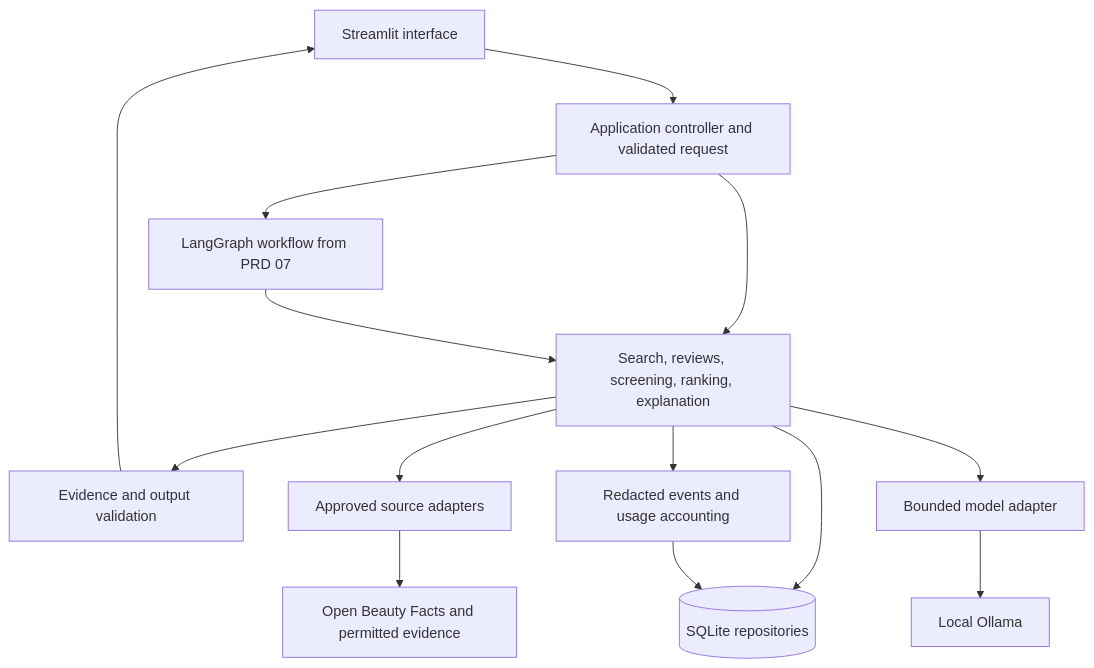
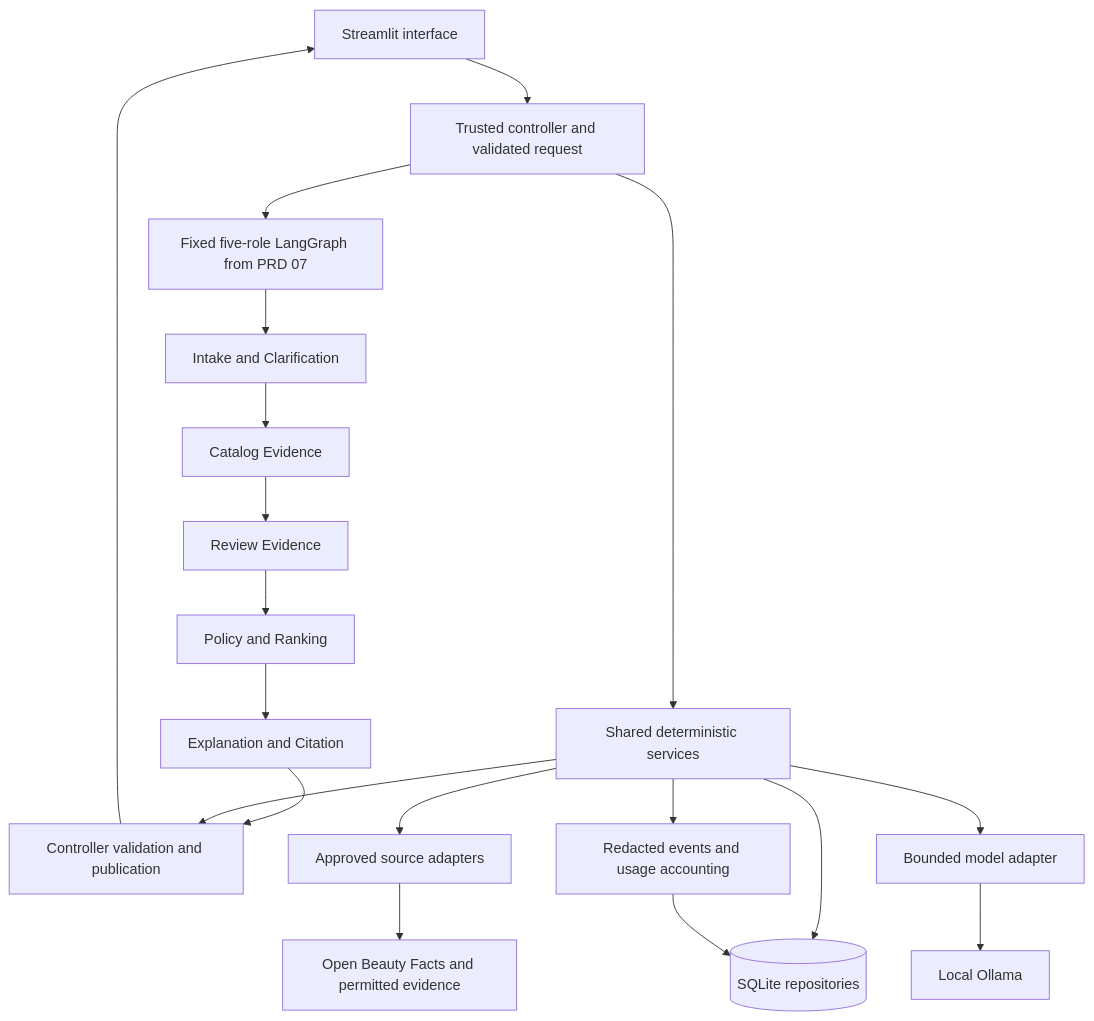
The diagram in docs/requirements/TECHNICAL_REQUIREMENTS.md (shuklasaket/cosmetics-product-advisor), drawn with Mermaid before and after one commit. The commit also changed other lines of this file and 24 other files, not shown here.

First line of the commit message:
docs(repo): define bounded five-role architecture (#43)

````diff
--- a/docs/requirements/TECHNICAL_REQUIREMENTS.md
+++ b/docs/requirements/TECHNICAL_REQUIREMENTS.md
@@ -49,16 +49,21 @@
 ```mermaid
 flowchart TD
-    UI[Streamlit interface] --> APP[Application controller and validated request]
-    APP --> GRAPH[LangGraph workflow from PRD 07]
-    APP --> SERVICES[Search, reviews, screening, ranking, explanation]
-    GRAPH --> SERVICES
-    SERVICES --> VALIDATE[Evidence and output validation]
+    UI[Streamlit interface] --> APP[Trusted controller and validated request]
+    APP --> GRAPH[Fixed five-role LangGraph from PRD 07]
+    APP --> SERVICES[Shared deterministic services]
+    GRAPH --> INTAKE[Intake and Clarification]
+    INTAKE --> EVIDENCE[Catalog Evidence]
+    EVIDENCE --> REVIEW[Review Evidence]
+    REVIEW --> POLICY[Policy and Ranking]
+    POLICY --> EXPLAIN[Explanation and Citation]
+    EXPLAIN --> VALIDATE[Controller validation and publication]
+    SERVICES --> VALIDATE
     VALIDATE --> UI
     SERVICES --> DB[(SQLite repositories)]
     SERVICES --> HTTP[Approved source adapters]
     HTTP --> SOURCES[Open Beauty Facts and permitted evidence]
     SERVICES --> MODEL[Bounded model adapter]
     MODEL --> LOCAL[Local Ollama]
     SERVICES --> AUDIT[Redacted events and usage accounting]
     AUDIT --> DB
 ```
````
